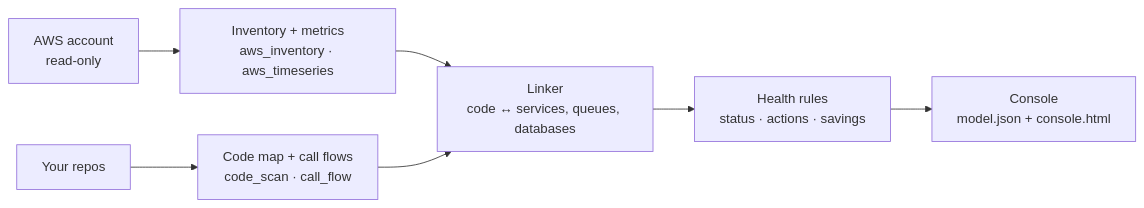
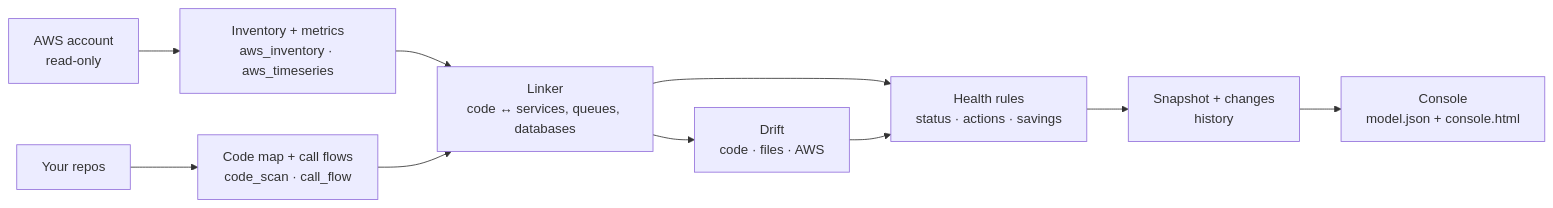
Before and after one commit to supreeth-ravi/hopscope: the diagram in docs/how-it-works.md, drawn with Mermaid. The commit also changed other lines of this file and 38 other files, not shown here.

First line of the commit message:
feat: drift and history — what changed, and does what runs match the code and files (0.5.0)

````diff
--- a/docs/how-it-works.md
+++ b/docs/how-it-works.md
@@ -3,9 +3,12 @@
 ```mermaid
 flowchart LR
     aws["AWS account<br/>read-only"] --> inv["Inventory + metrics<br/>aws_inventory · aws_timeseries"]
     code["Your repos"] --> scan["Code map + call flows<br/>code_scan · call_flow"]
     inv --> link["Linker<br/>code ↔ services, queues, databases"]
     scan --> link
     link --> rules["Health rules<br/>status · actions · savings"]
-    rules --> page["Console<br/>model.json + console.html"]
+    link --> drift["Drift<br/>code · files · AWS"]
+    drift --> rules
+    rules --> hist["Snapshot + changes<br/>history"]
+    hist --> page["Console<br/>model.json + console.html"]
 ```
````
